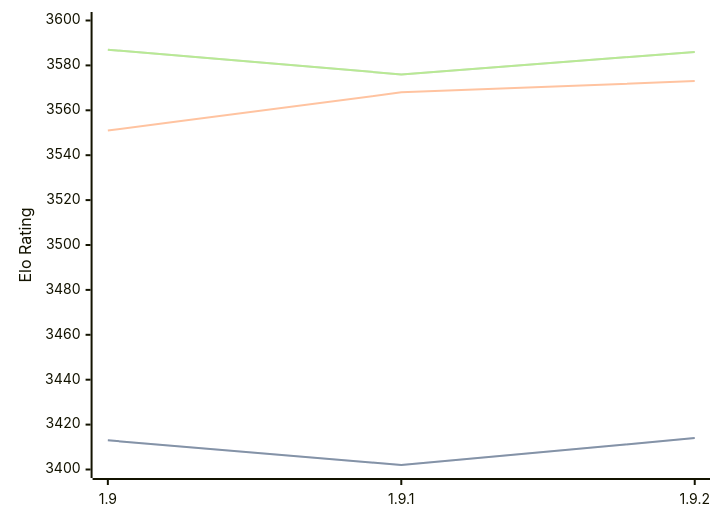
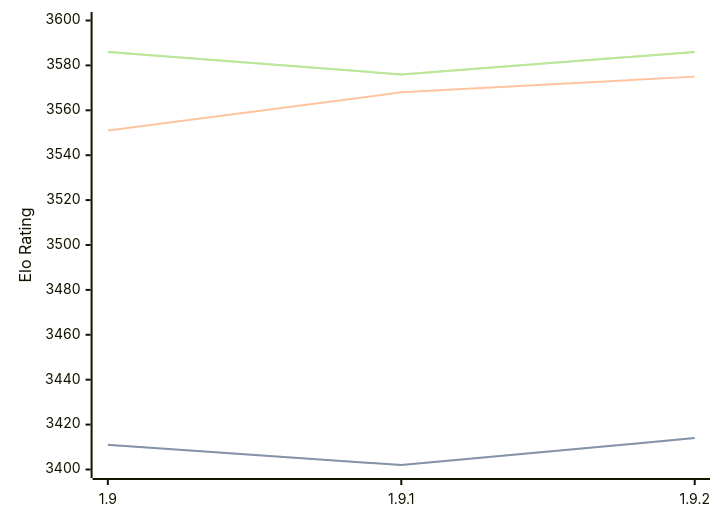
Before and after one commit to computer-chess-index/cci: the diagram in engines/Pawnocchio.md, drawn with Mermaid. The commit also changed other lines of this file, not shown here.

Commit message:
Update CCI Ratings (ELO VLTC) - 2026-04-21

````diff
--- a/engines/Pawnocchio.md
+++ b/engines/Pawnocchio.md
@@ -48,11 +48,11 @@
 ```mermaid
 %%{init: {"theme":"base","themeVariables":{"seriesColors:['#a3a3a3','#222221','#faa371']}}}%%
 xychart-beta
   x-axis ["1.9", "1.9.1", "1.9.2"]
   y-axis "Elo Rating" 3400 --> 3600
-  line "STC (8.0+0.08s)" [3413, 3402, 3414]
-  line "STC (8.0+0.08s)" [3413, 3402, 3414]
-  line "LTC (60.0+0.60s)" [3551, 3568, 3573]
-  line "VLTC (2m24s+1.12s)" [3587, 3576, 3586]
-  line "VLTC (2m24s+1.12s)" [3587, 3576, 3586]
+  line "STC (8.0+0.08s)" [3411, 3402, 3414]
+  line "STC (8.0+0.08s)" [3411, 3402, 3414]
+  line "LTC (60.0+0.60s)" [3551, 3568, 3575]
+  line "VLTC (2m24s+1.12s)" [3586, 3576, 3586]
+  line "VLTC (2m24s+1.12s)" [3586, 3576, 3586]
 ```
````
